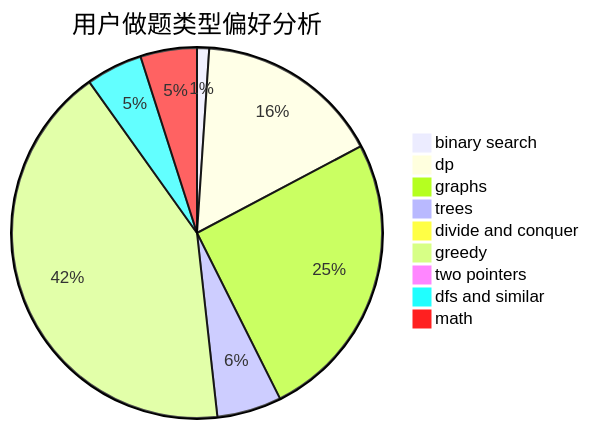
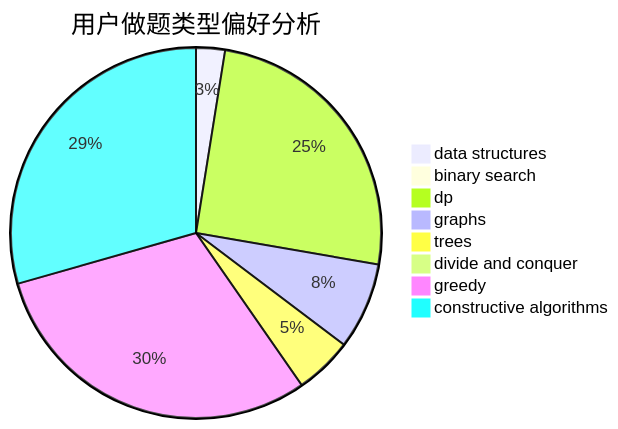
The second of 3 diagrams in docs/user/u2675.md (sherpahu/cfrs.github.io), drawn with Mermaid before and after one commit. The commit also changed other lines of this file and 2775 other files, not shown here.

````diff
--- a/docs/user/u2675.md
+++ b/docs/user/u2675.md
@@ -23,12 +23,11 @@
 ```mermaid
 pie title 用户做题类型偏好分析
-    "binary search" :  3
-    "dp" :  46
-    "graphs" :  72
-    "trees" :  16
+    "data structures" :  3
+    "binary search" :  0
+    "dp" :  30
+    "graphs" :  9
+    "trees" :  6
     "divide and conquer" :  0
-    "greedy" :  119
-    "two pointers" :  1
-    "dfs and similar" :  14
-    "math" :  14
+    "greedy" :  36
+    "constructive algorithms" :  35
 ```
````
